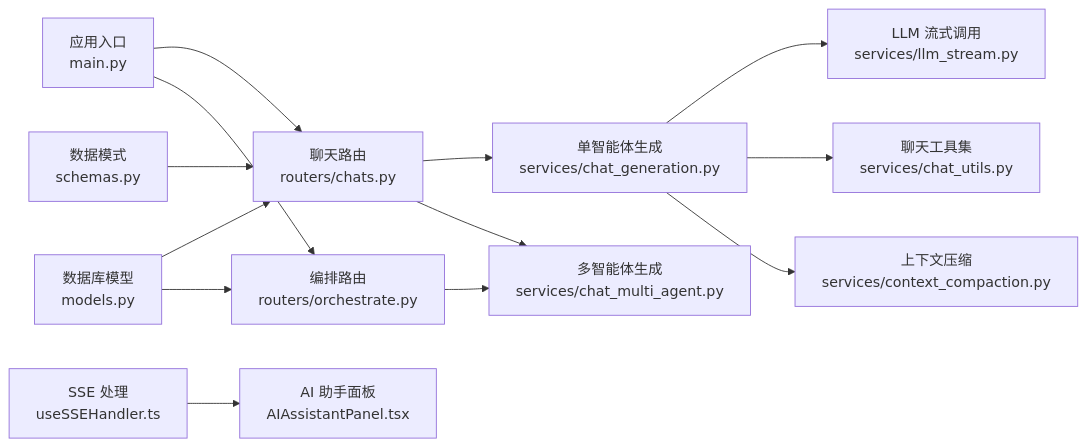
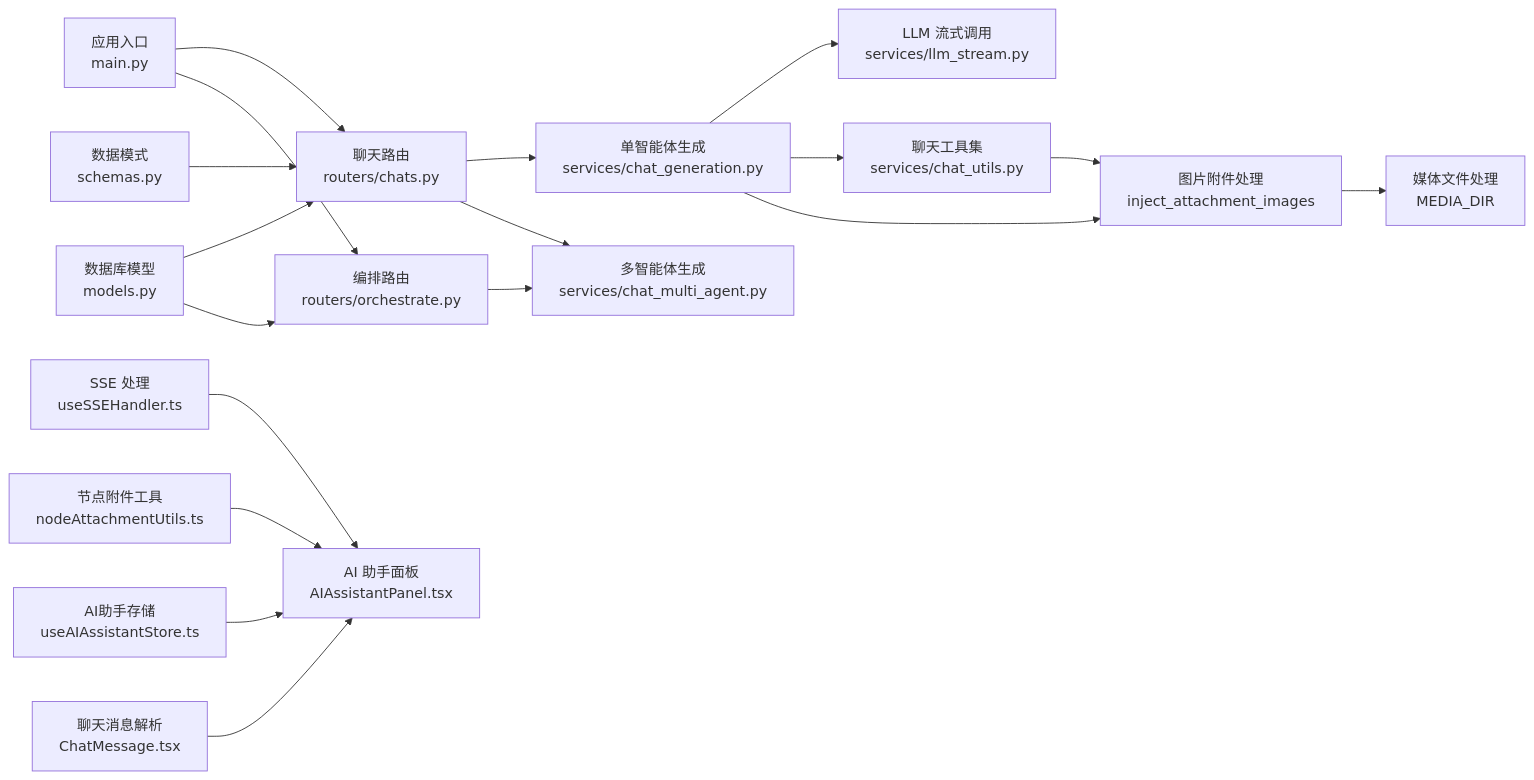
One commit to KunLabAI/KunFlix changed the third of 3 diagrams in .qoder/repowiki/zh/content/API接口文档/聊天对话接口.md. Above: the diagram before and after it, drawn with Mermaid. The commit also changed other lines of this file and 12 other files, not shown here.

````diff
--- a/.qoder/repowiki/zh/content/API接口文档/聊天对话接口.md
+++ b/.qoder/repowiki/zh/content/API接口文档/聊天对话接口.md
@@ -254,15 +319,20 @@
 ```mermaid
 graph LR
 CHATS["聊天路由<br/>routers/chats.py"] --> GEN["单智能体生成<br/>services/chat_generation.py"]
 CHATS --> MULTI["多智能体生成<br/>services/chat_multi_agent.py"]
 GEN --> STREAM["LLM 流式调用<br/>services/llm_stream.py"]
 GEN --> UTILS["聊天工具集<br/>services/chat_utils.py"]
-GEN --> COMPACT["上下文压缩<br/>services/context_compaction.py"]
+GEN --> ATTACH["图片附件处理<br/>inject_attachment_images"]
+UTILS --> ATTACH
+ATTACH --> MEDIA["媒体文件处理<br/>MEDIA_DIR"]
 ORCHESTRATE["编排路由<br/>routers/orchestrate.py"] --> MULTI
 MAIN["应用入口<br/>main.py"] --> CHATS
 MAIN --> ORCHESTRATE
 MODELS["数据库模型<br/>models.py"] --> CHATS
 MODELS --> ORCHESTRATE
 SCHEMAS["数据模式<br/>schemas.py"] --> CHATS
 FE_SSE["SSE 处理<br/>useSSEHandler.ts"] --> FE_UI["AI 助手面板<br/>AIAssistantPanel.tsx"]
+FE_ATTACH["节点附件工具<br/>nodeAttachmentUtils.ts"] --> FE_UI
+FE_STORE["AI助手存储<br/>useAIAssistantStore.ts"] --> FE_UI
+FE_CHAT["聊天消息解析<br/>ChatMessage.tsx"] --> FE_UI
 ```
````
